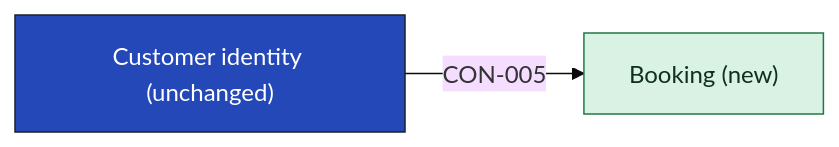
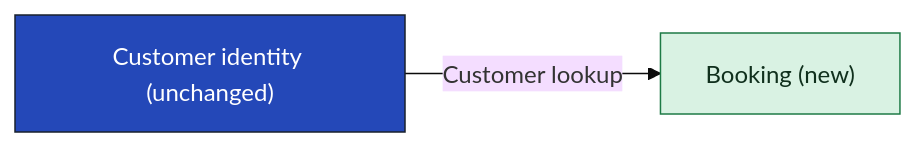
The diagram in examples/unified-booking/05-building-blocks/customer-identity-building-blocks.md (smalls257/vela), drawn with Mermaid (base theme) before and after one commit. The commit also changed other lines of this file and 56 other files, not shown here.

````diff
--- a/examples/unified-booking/05-building-blocks/customer-identity-building-blocks.md
+++ b/examples/unified-booking/05-building-blocks/customer-identity-building-blocks.md
@@ -28,10 +28,10 @@
 ```mermaid
 flowchart LR
   n_APP_booking["Booking (new)"]
   n_APP_customer_identity["Customer identity (unchanged)"]
-  n_APP_customer_identity -->|"CON-005"| n_APP_booking
+  n_APP_customer_identity -->|"Customer lookup"| n_APP_booking
   classDef focus fill:#2448b8,stroke:#19212d,color:#ffffff
   classDef new fill:#d9f2e3,stroke:#1e7a46,color:#10301d
   class n_APP_customer_identity focus
   class n_APP_booking new
 ```
````
